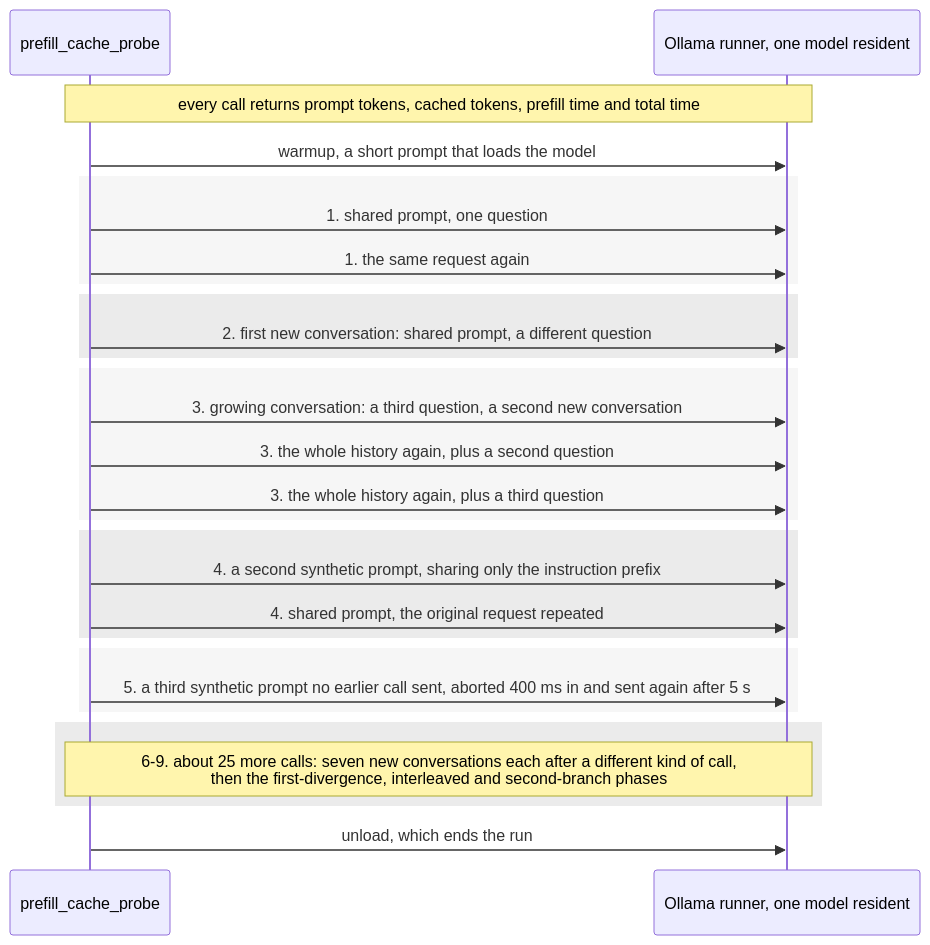
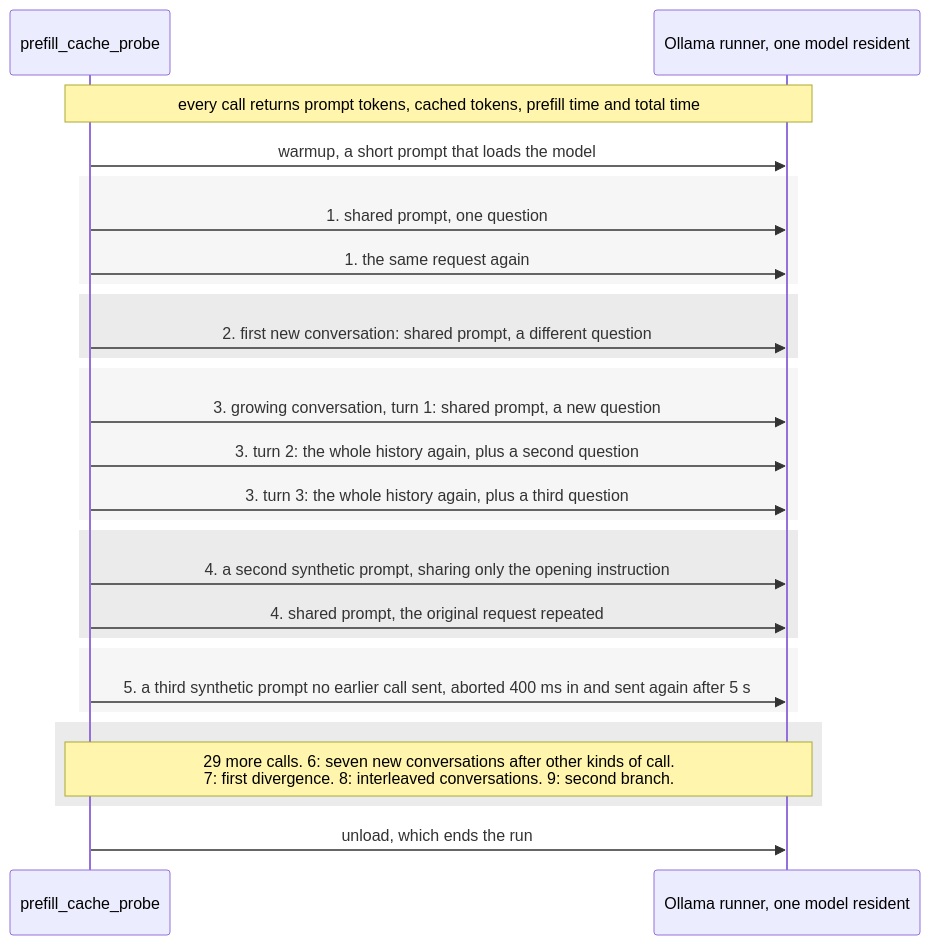
Before and after one commit to freemansoft/Flutter-AdaptiveCards: the second of 3 diagrams in adaptive_chat_server_dart/blog/article-8-prompt-cache-draft.md, drawn with Mermaid. The commit also changed other lines of this file and 67 other files, not shown here.

````diff
--- a/adaptive_chat_server_dart/blog/article-8-prompt-cache-draft.md
+++ b/adaptive_chat_server_dart/blog/article-8-prompt-cache-draft.md
@@ -100,35 +108,35 @@
 ```mermaid
 %%{init: {'themeVariables': {'messageFontSize': '18px', 'actorFontSize': '18px', 'noteFontSize': '16px'}}}%%
 sequenceDiagram
   participant P as prefill_cache_probe
   participant O as Ollama runner, one model resident
 
   Note over P,O: every call returns prompt tokens, cached tokens, prefill time and total time
 
   P->>O: warmup, a short prompt that loads the model
 
   rect rgba(128, 128, 128, 0.07)
     P->>O: 1. shared prompt, one question
     P->>O: 1. the same request again
   end
   rect rgba(128, 128, 128, 0.16)
     P->>O: 2. first new conversation: shared prompt, a different question
   end
   rect rgba(128, 128, 128, 0.07)
-    P->>O: 3. growing conversation: a third question, a second new conversation
-    P->>O: 3. the whole history again, plus a second question
-    P->>O: 3. the whole history again, plus a third question
+    P->>O: 3. growing conversation, turn 1: shared prompt, a new question
+    P->>O: 3. turn 2: the whole history again, plus a second question
+    P->>O: 3. turn 3: the whole history again, plus a third question
   end
   rect rgba(128, 128, 128, 0.16)
-    P->>O: 4. a second synthetic prompt, sharing only the instruction prefix
+    P->>O: 4. a second synthetic prompt, sharing only the opening instruction
     P->>O: 4. shared prompt, the original request repeated
   end
   rect rgba(128, 128, 128, 0.07)
     P->>O: 5. a third synthetic prompt no earlier call sent, aborted 400 ms in and sent again after 5 s
   end
   rect rgba(128, 128, 128, 0.16)
-    Note over P,O: 6-9. about 25 more calls: seven new conversations each after a different kind of call,<br/>then the first-divergence, interleaved and second-branch phases
+    Note over P,O: 29 more calls. 6: seven new conversations after other kinds of call.<br/>7: first divergence. 8: interleaved conversations. 9: second branch.
   end
 
   P->>O: unload, which ends the run
 ```
````
